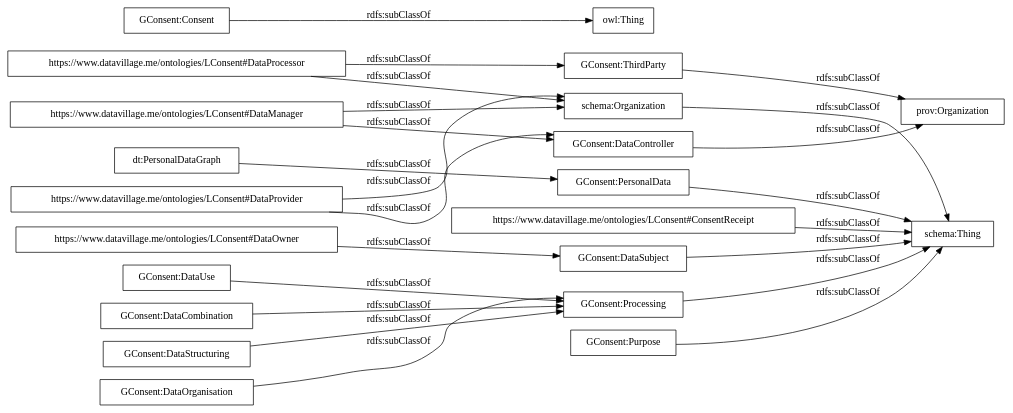
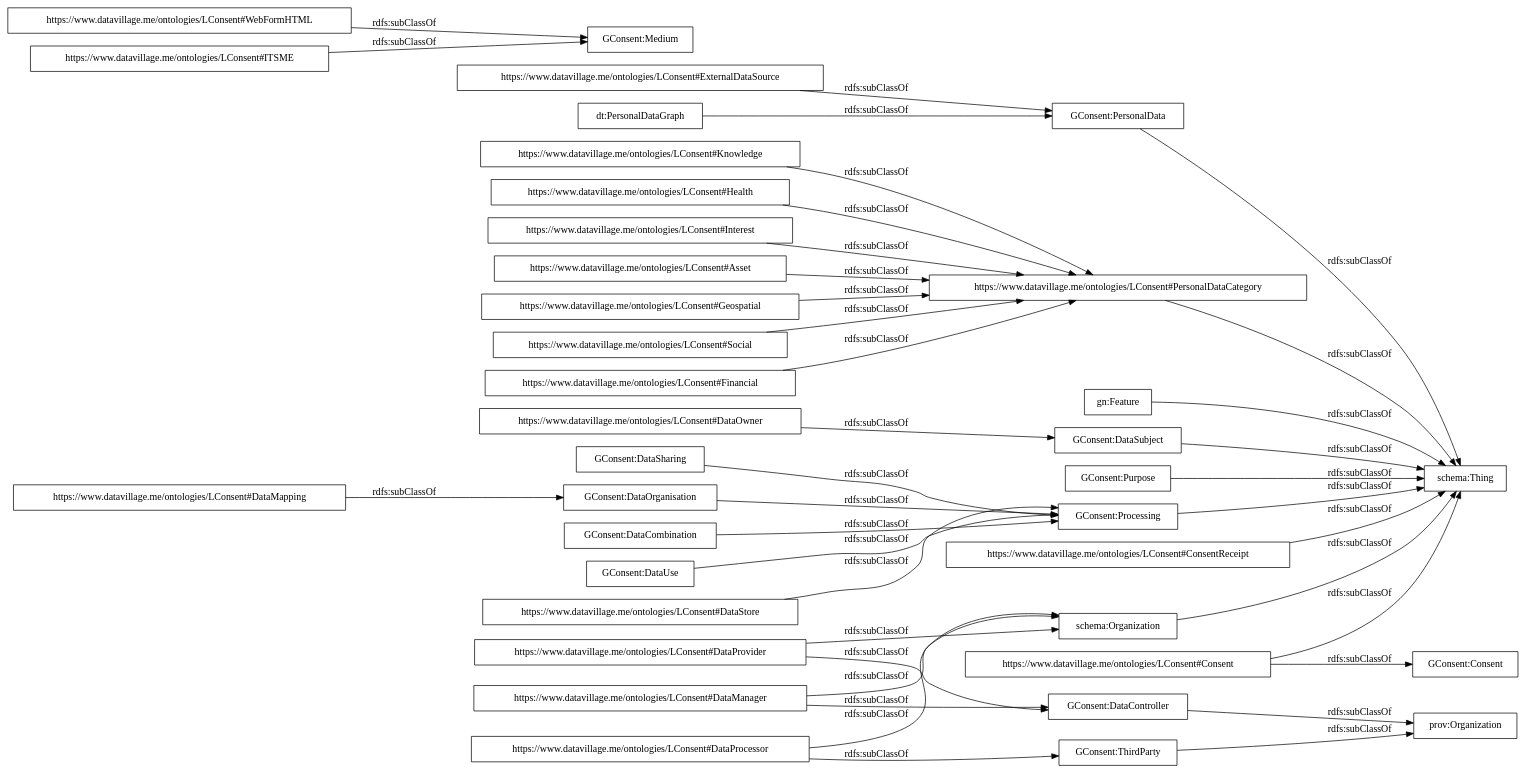
One commit to datavillage-me/ontologies changed the diagram in OnToology/LConsent/ontology.owl/diagrams/ar2dtool-taxonomy/ontology.owl.png.dot. Above: the diagram before and after it, drawn with Graphviz. The commit also changed 27 other files, not shown here.

```diff
--- a/OnToology/LConsent/ontology.owl/diagrams/ar2dtool-taxonomy/ontology.owl.png.dot
+++ b/OnToology/LConsent/ontology.owl/diagrams/ar2dtool-taxonomy/ontology.owl.png.dot
@@ -1,27 +1,42 @@
 digraph ar2dtool_diagram { 
 rankdir=LR;
 size="1000"
-node [shape = rectangle, color="black"]; "GConsent:DataSubject" "GConsent:Consent" "GConsent:Processing" "GConsent:ThirdParty" "https://www.datavillage.me/ontologies/LConsent#DataManager" "schema:Organization" "https://www.datavillage.me/ontologies/LConsent#DataProcessor" "GConsent:Purpose" "https://www.datavillage.me/ontologies/LConsent#DataProvider" "GConsent:DataUse" "https://www.datavillage.me/ontologies/LConsent#DataOwner" "GConsent:DataController" "GConsent:DataCombination" "prov:Organization" "schema:Thing" "GConsent:PersonalData" "GConsent:DataStructuring" "dt:PersonalDataGraph" "GConsent:DataOrganisation" "https://www.datavillage.me/ontologies/LConsent#ConsentReceipt" ; /*classes style*/
+node [shape = rectangle, color="black"]; "GConsent:DataSharing" "https://www.datavillage.me/ontologies/LConsent#Knowledge" "GConsent:PersonalData" "https://www.datavillage.me/ontologies/LConsent#Health" "https://www.datavillage.me/ontologies/LConsent#PersonalDataCategory" "gn:Feature" "prov:Organization" "schema:Thing" "GConsent:DataSubject" "GConsent:Purpose" "https://www.datavillage.me/ontologies/LConsent#DataProvider" "GConsent:DataOrganisation" "https://www.datavillage.me/ontologies/LConsent#WebFormHTML" "https://www.datavillage.me/ontologies/LConsent#ExternalDataSource" "GConsent:Processing" "https://www.datavillage.me/ontologies/LConsent#Interest" "https://www.datavillage.me/ontologies/LConsent#Asset" "GConsent:DataCombination" "https://www.datavillage.me/ontologies/LConsent#DataManager" "https://www.datavillage.me/ontologies/LConsent#ConsentReceipt" "https://www.datavillage.me/ontologies/LConsent#Geospatial" "dt:PersonalDataGraph" "schema:Organization" "https://www.datavillage.me/ontologies/LConsent#Consent" "GConsent:Consent" "GConsent:DataUse" "https://www.datavillage.me/ontologies/LConsent#Social" "https://www.datavillage.me/ontologies/LConsent#DataMapping" "https://www.datavillage.me/ontologies/LConsent#DataStore" "GConsent:DataController" "https://www.datavillage.me/ontologies/LConsent#DataOwner" "https://www.datavillage.me/ontologies/LConsent#ITSME" "https://www.datavillage.me/ontologies/LConsent#DataProcessor" "GConsent:ThirdParty" "https://www.datavillage.me/ontologies/LConsent#Financial" "GConsent:Medium" ; /*classes style*/
+	"https://www.datavillage.me/ontologies/LConsent#Geospatial" -> "https://www.datavillage.me/ontologies/LConsent#PersonalDataCategory" [ label = "rdfs:subClassOf" ];
+	"https://www.datavillage.me/ontologies/LConsent#PersonalDataCategory" -> "schema:Thing" [ label = "rdfs:subClassOf" ];
+	"gn:Feature" -> "schema:Thing" [ label = "rdfs:subClassOf" ];
+	"https://www.datavillage.me/ontologies/LConsent#ExternalDataSource" -> "GConsent:PersonalData" [ label = "rdfs:subClassOf" ];
+	"https://www.datavillage.me/ontologies/LConsent#Asset" -> "https://www.datavillage.me/ontologies/LConsent#PersonalDataCategory" [ label = "rdfs:subClassOf" ];
 	"https://www.datavillage.me/ontologies/LConsent#DataProvider" -> "GConsent:DataController" [ label = "rdfs:subClassOf" ];
 	"https://www.datavillage.me/ontologies/LConsent#DataProvider" -> "schema:Organization" [ label = "rdfs:subClassOf" ];
 	"https://www.datavillage.me/ontologies/LConsent#DataOwner" -> "GConsent:DataSubject" [ label = "rdfs:subClassOf" ];
 	"GConsent:Processing" -> "schema:Thing" [ label = "rdfs:subClassOf" ];
 	"GConsent:ThirdParty" -> "prov:Organization" [ label = "rdfs:subClassOf" ];
 	"GConsent:DataUse" -> "GConsent:Processing" [ label = "rdfs:subClassOf" ];
+	"https://www.datavillage.me/ontologies/LConsent#Knowledge" -> "https://www.datavillage.me/ontologies/LConsent#PersonalDataCategory" [ label = "rdfs:subClassOf" ];
+	"https://www.datavillage.me/ontologies/LConsent#Financial" -> "https://www.datavillage.me/ontologies/LConsent#PersonalDataCategory" [ label = "rdfs:subClassOf" ];
+	"https://www.datavillage.me/ontologies/LConsent#Interest" -> "https://www.datavillage.me/ontologies/LConsent#PersonalDataCategory" [ label = "rdfs:subClassOf" ];
 	"https://www.datavillage.me/ontologies/LConsent#ConsentReceipt" -> "schema:Thing" [ label = "rdfs:subClassOf" ];
+	"https://www.datavillage.me/ontologies/LConsent#DataMapping" -> "GConsent:DataOrganisation" [ label = "rdfs:subClassOf" ];
 	"https://www.datavillage.me/ontologies/LConsent#DataManager" -> "GConsent:DataController" [ label = "rdfs:subClassOf" ];
 	"https://www.datavillage.me/ontologies/LConsent#DataManager" -> "schema:Organization" [ label = "rdfs:subClassOf" ];
 	"schema:Organization" -> "schema:Thing" [ label = "rdfs:subClassOf" ];
 	"GConsent:DataCombination" -> "GConsent:Processing" [ label = "rdfs:subClassOf" ];
+	"GConsent:DataSharing" -> "GConsent:Processing" [ label = "rdfs:subClassOf" ];
 	"https://www.datavillage.me/ontologies/LConsent#DataProcessor" -> "GConsent:ThirdParty" [ label = "rdfs:subClassOf" ];
 	"https://www.datavillage.me/ontologies/LConsent#DataProcessor" -> "schema:Organization" [ label = "rdfs:subClassOf" ];
+	"https://www.datavillage.me/ontologies/LConsent#Social" -> "https://www.datavillage.me/ontologies/LConsent#PersonalDataCategory" [ label = "rdfs:subClassOf" ];
 	"GConsent:DataController" -> "prov:Organization" [ label = "rdfs:subClassOf" ];
+	"https://www.datavillage.me/ontologies/LConsent#ITSME" -> "GConsent:Medium" [ label = "rdfs:subClassOf" ];
+	"https://www.datavillage.me/ontologies/LConsent#WebFormHTML" -> "GConsent:Medium" [ label = "rdfs:subClassOf" ];
 	"dt:PersonalDataGraph" -> "GConsent:PersonalData" [ label = "rdfs:subClassOf" ];
-	"GConsent:Consent" -> "owl:Thing" [ label = "rdfs:subClassOf" ];
-	"GConsent:DataStructuring" -> "GConsent:Processing" [ label = "rdfs:subClassOf" ];
+	"https://www.datavillage.me/ontologies/LConsent#DataStore" -> "GConsent:Processing" [ label = "rdfs:subClassOf" ];
 	"GConsent:Purpose" -> "schema:Thing" [ label = "rdfs:subClassOf" ];
+	"https://www.datavillage.me/ontologies/LConsent#Health" -> "https://www.datavillage.me/ontologies/LConsent#PersonalDataCategory" [ label = "rdfs:subClassOf" ];
+	"https://www.datavillage.me/ontologies/LConsent#Consent" -> "GConsent:Consent" [ label = "rdfs:subClassOf" ];
+	"https://www.datavillage.me/ontologies/LConsent#Consent" -> "schema:Thing" [ label = "rdfs:subClassOf" ];
 	"GConsent:PersonalData" -> "schema:Thing" [ label = "rdfs:subClassOf" ];
 	"GConsent:DataSubject" -> "schema:Thing" [ label = "rdfs:subClassOf" ];
 	"GConsent:DataOrganisation" -> "GConsent:Processing" [ label = "rdfs:subClassOf" ];
 
 }
```
